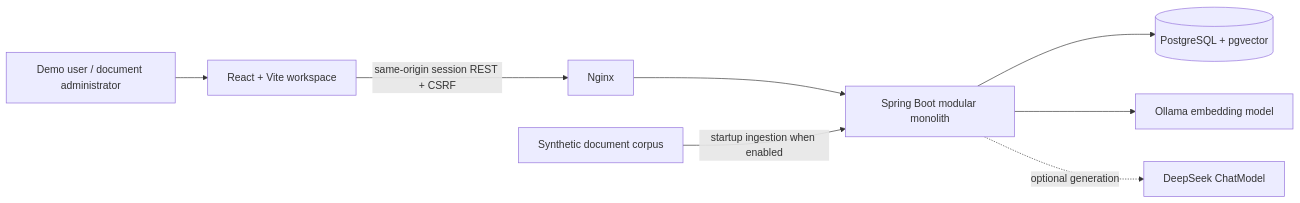
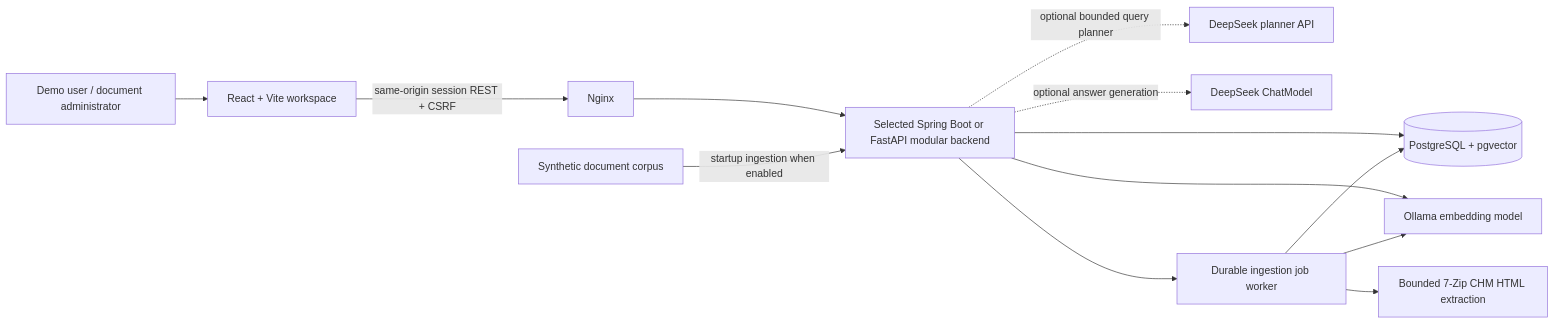
One commit to chen3862000-coder/enterprise-rag-assistant changed the first of 4 diagrams in docs/ddd-system-design.md. Above: the diagram before and after it, drawn with Mermaid. The commit also changed other lines of this file and 98 other files, not shown here.

````diff
--- a/docs/ddd-system-design.md
+++ b/docs/ddd-system-design.md
@@ -22,10 +22,15 @@
 ```mermaid
 flowchart LR
     User[Demo user / document administrator] --> UI[React + Vite workspace]
     UI -->|same-origin session REST + CSRF| Proxy[Nginx]
-    Proxy --> API[Spring Boot modular monolith]
+    Proxy --> API[Selected Spring Boot or FastAPI modular backend]
     API --> DB[(PostgreSQL + pgvector)]
     API --> Ollama[Ollama embedding model]
-    API -. optional generation .-> Chat[DeepSeek ChatModel]
+    API -. optional bounded query planner .-> Planner[DeepSeek planner API]
+    API -. optional answer generation .-> Chat[DeepSeek ChatModel]
+    API --> Worker[Durable ingestion job worker]
+    Worker --> DB
+    Worker --> Ollama
+    Worker --> CHM[Bounded 7-Zip CHM HTML extraction]
     Seed[Synthetic document corpus] -->|startup ingestion when enabled| API
 ```
````
